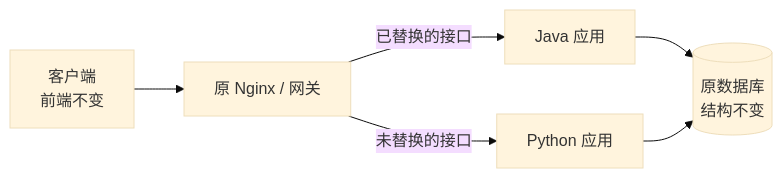
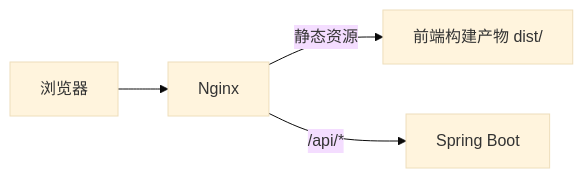
The third of 4 diagrams in docs/development/Python项目迁移Java企业级通用指南.md (Createsnow/sn-center), drawn with Mermaid (base theme) before and after one commit. The commit also changed other lines of this file and 1 other file, not shown here.

First line of the commit message:
docs: 迁移指南聚焦FastAPI+Uvicorn+Docker并加入原生优化与开发规范

````diff
--- a/docs/development/Python项目迁移Java企业级通用指南.md
+++ b/docs/development/Python项目迁移Java企业级通用指南.md
@@ -75,8 +144,6 @@
 ```mermaid
 flowchart LR
-    C[客户端<br/>前端不变] --> N[原 Nginx / 网关]
-    N -->|已替换的接口| J[Java 应用]
-    N -->|未替换的接口| P[Python 应用]
-    J --> DB[(原数据库<br/>结构不变)]
-    P --> DB
+    B[浏览器] --> N[Nginx]
+    N -->|静态资源| FE[前端构建产物 dist/]
+    N -->|/api/*| BE[Spring Boot]
 ```
````
